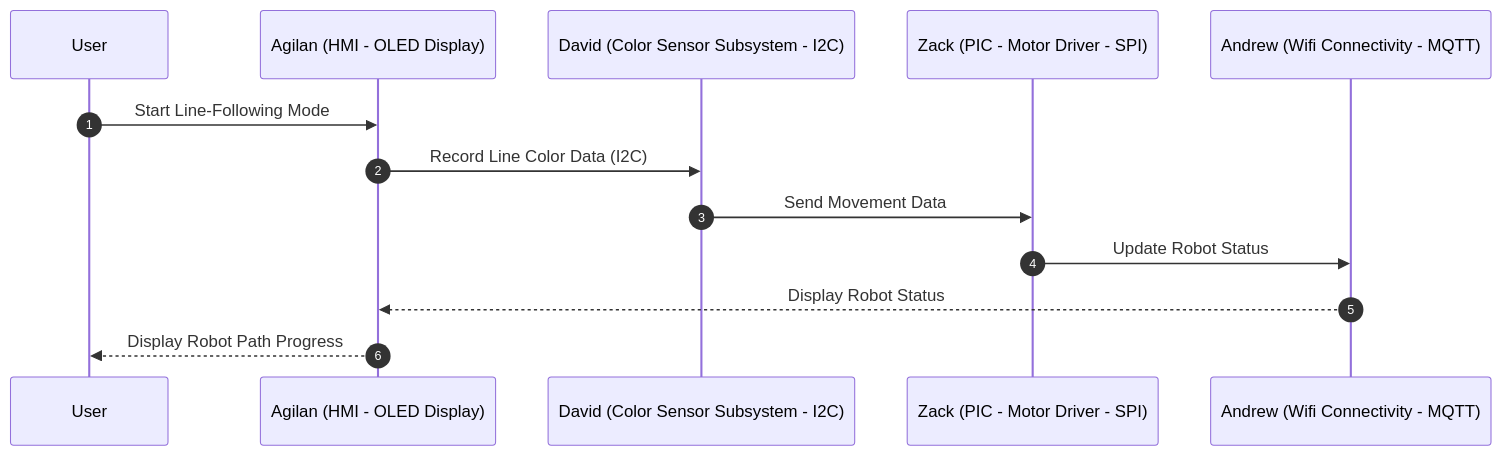
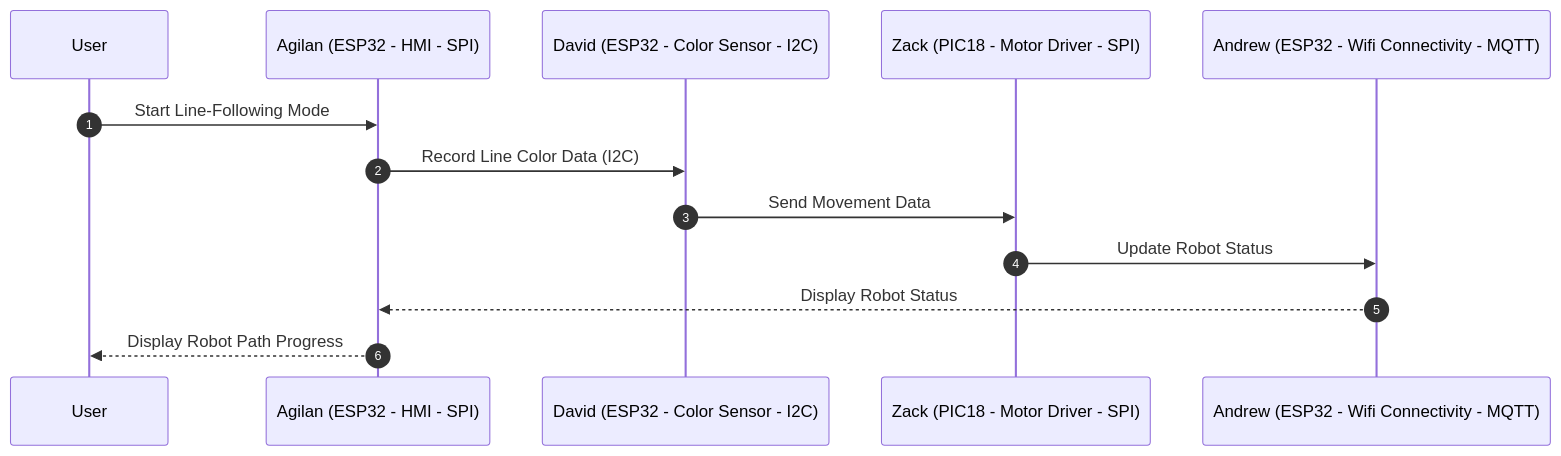
The first of 2 diagrams in docs/Block-Diagram.md (ASU-EGR314-2025-S-305/ASU-EGR314-2025-S-305.github.io), drawn with Mermaid before and after one commit. The commit also changed other lines of this file, not shown here.

````diff
--- a/docs/Block-Diagram.md
+++ b/docs/Block-Diagram.md
@@ -67,16 +67,16 @@
 ```mermaid
 sequenceDiagram
     autonumber
     participant User
-    participant HMI as Agilan (HMI - OLED Display)
-    participant David as David (Color Sensor Subsystem - I2C)
-    participant Zack as Zack (PIC - Motor Driver - SPI)
-    participant Andrew as Andrew (Wifi Connectivity - MQTT)
+    participant HMI as Agilan (ESP32 - HMI - SPI)
+    participant David as David (ESP32 - Color Sensor - I2C)
+    participant Zack as Zack (PIC18 - Motor Driver - SPI)
+    participant Andrew as Andrew (ESP32 - Wifi Connectivity - MQTT)
 
     User->>HMI: Start Line-Following Mode
     HMI->>David: Record Line Color Data (I2C)
     David->>Zack: Send Movement Data
     Zack->>Andrew: Update Robot Status
     Andrew-->>HMI: Display Robot Status
     HMI-->>User: Display Robot Path Progress
 ```
````
